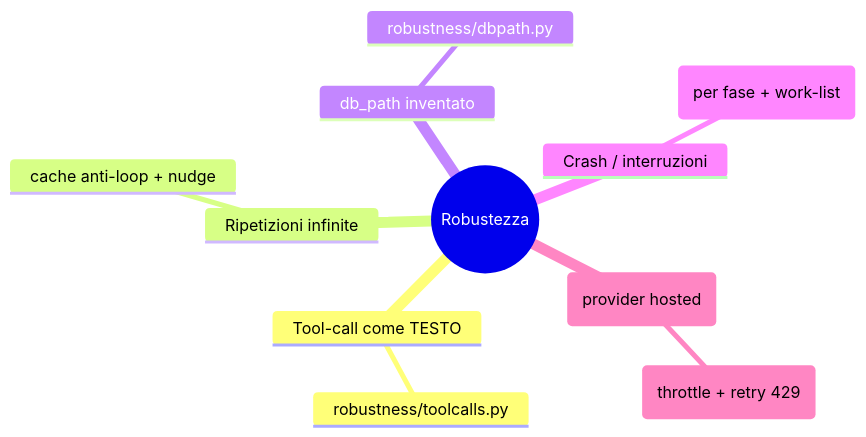
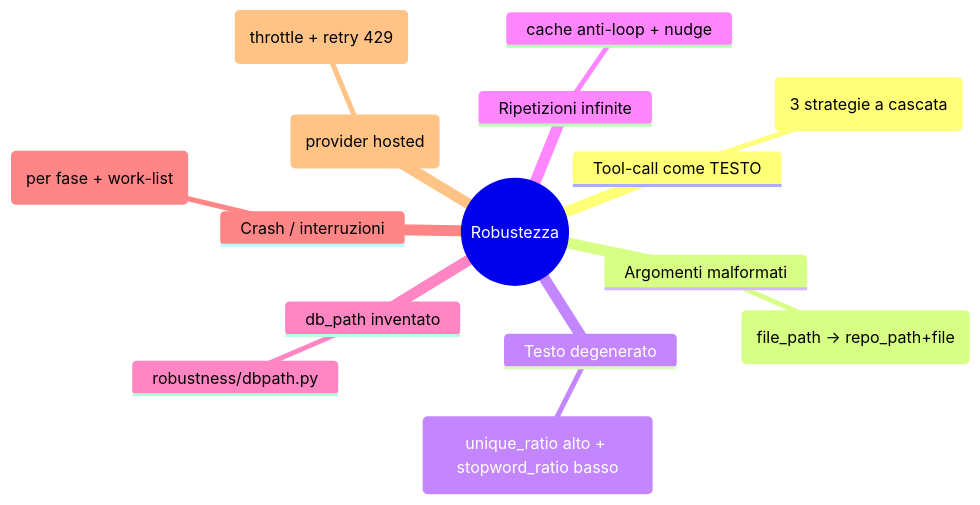
One commit to iris-cmd22/Sibyl changed the tenth of 11 diagrams in documentazione/agent.md. Above: the diagram before and after it, drawn with Mermaid. The commit also changed other lines of this file and 49 other files, not shown here.

````diff
--- a/documentazione/agent.md
+++ b/documentazione/agent.md
@@ -656,14 +676,18 @@
 ```mermaid
 mindmap
   root((Robustezza))
     Tool-call come TESTO
-      robustness/toolcalls.py
+      robustness/toolcalls.py (3 strategie a cascata)
+    Argomenti malformati
+      robustness/readargs.py (file_path -> repo_path+file)
+    Testo degenerato
+      robustness/degenerate.py (unique_ratio alto + stopword_ratio basso)
     Ripetizioni infinite
       cache anti-loop + nudge
     db_path inventato
       robustness/dbpath.py
     Crash / interruzioni
       robustness/checkpoint.py (per fase + work-list)
     Rate-limit (provider hosted)
       clients/openai_compat.py (throttle + retry 429)
 ```
````
